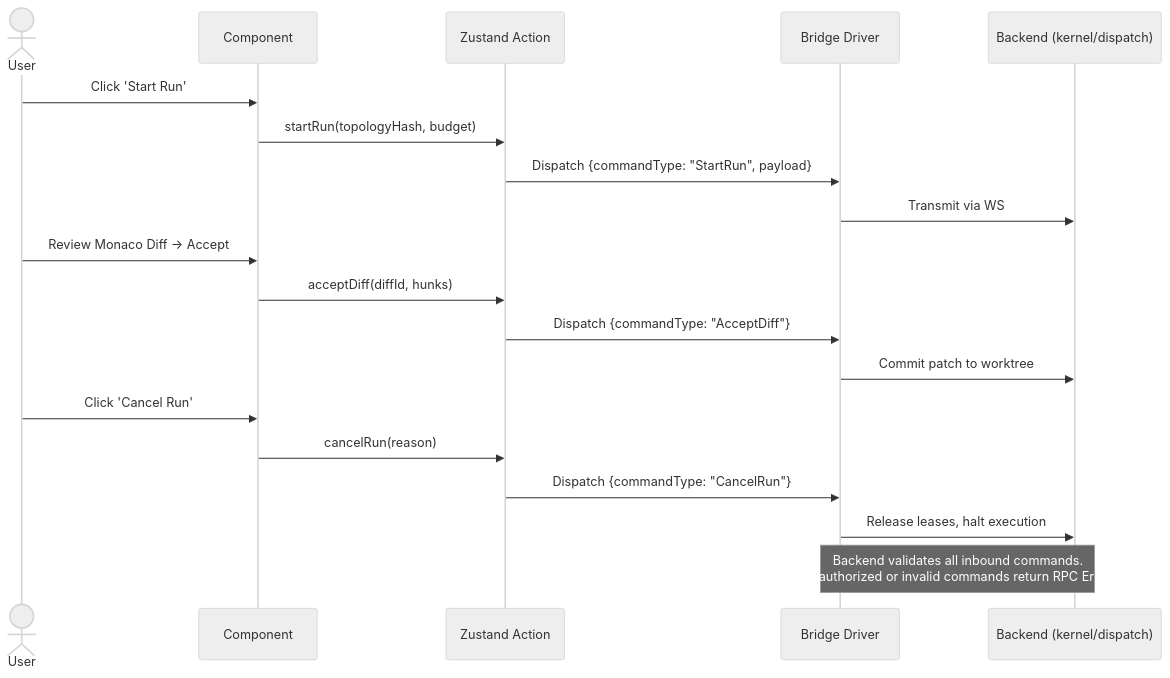
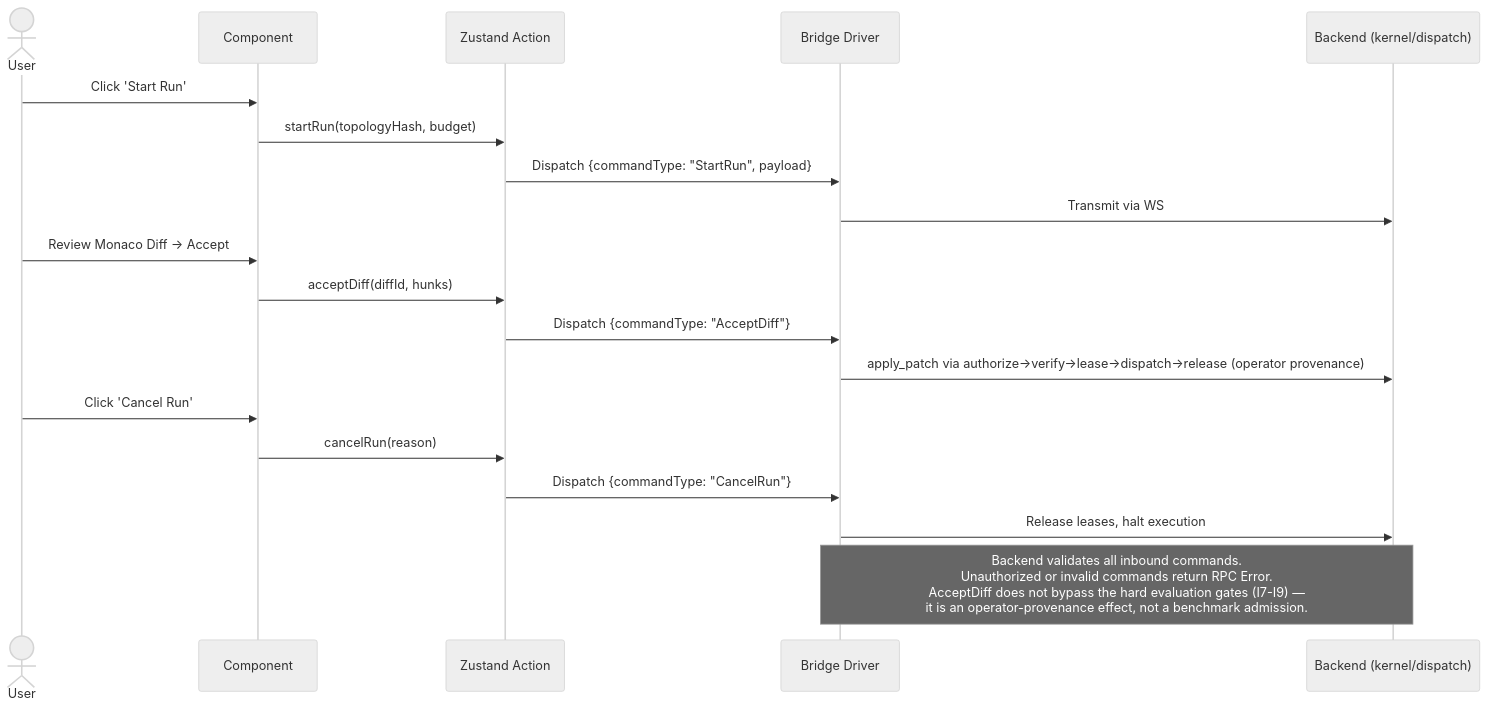
The sixth of 8 diagrams in docs_front/development/system_workflows_and_diagrams.md (brainopensource/Harness-D-power), drawn with Mermaid (neutral theme) before and after one commit. The commit also changed 7 other files, not shown here.

````diff
--- a/docs_front/development/system_workflows_and_diagrams.md
+++ b/docs_front/development/system_workflows_and_diagrams.md
@@ -163,25 +163,25 @@
 ```mermaid
 sequenceDiagram
     actor U as User
     participant UI as Component
     participant ST as Zustand Action
     participant DR as Bridge Driver
     participant EN as Backend (kernel/dispatch)
 
     U->>UI: Click 'Start Run'
     UI->>ST: startRun(topologyHash, budget)
     ST->>DR: Dispatch {commandType: "StartRun", payload}
     DR->>EN: Transmit via WS
 
     U->>UI: Review Monaco Diff -> Accept
     UI->>ST: acceptDiff(diffId, hunks)
     ST->>DR: Dispatch {commandType: "AcceptDiff"}
-    DR->>EN: Commit patch to worktree
+    DR->>EN: apply_patch via authorize->verify->lease->dispatch->release (operator provenance)
 
     U->>UI: Click 'Cancel Run'
     UI->>ST: cancelRun(reason)
     ST->>DR: Dispatch {commandType: "CancelRun"}
     DR->>EN: Release leases, halt execution
 
-    Note over DR,EN: Backend validates all inbound commands.<br/>Unauthorized or invalid commands return RPC Error.
+    Note over DR,EN: Backend validates all inbound commands.<br/>Unauthorized or invalid commands return RPC Error.<br/>AcceptDiff does not bypass the hard evaluation gates (I7-I9) —<br/>it is an operator-provenance effect, not a benchmark admission.
 ```
````
